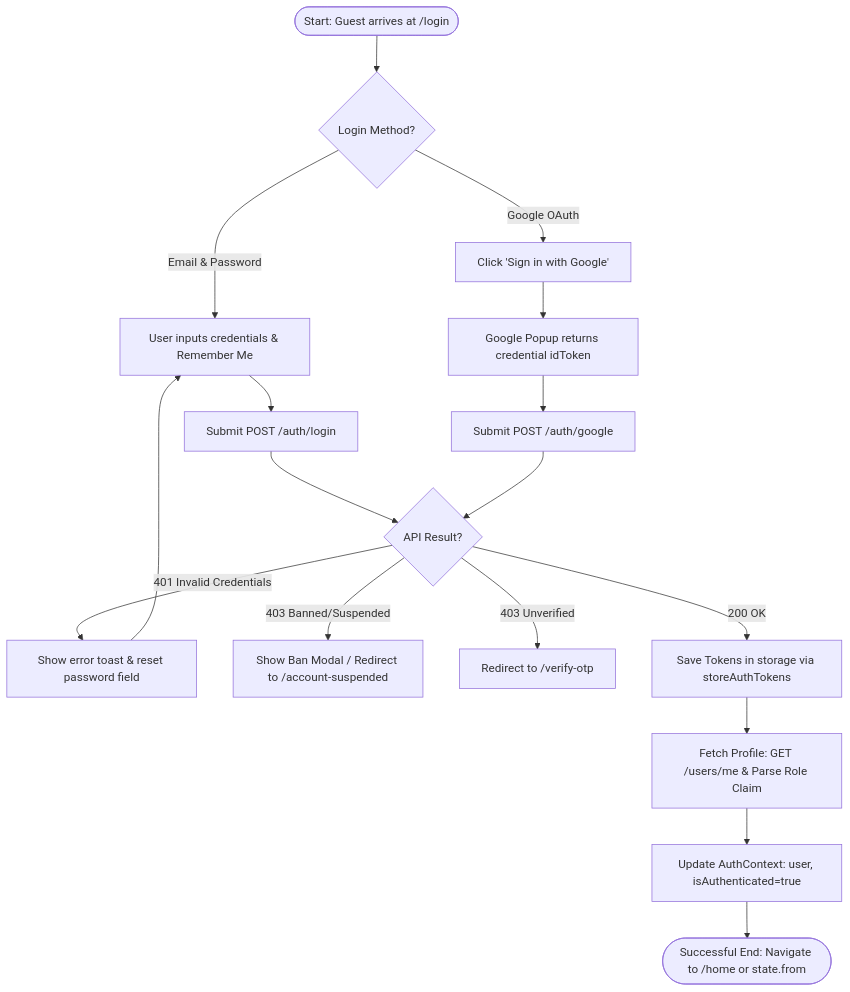
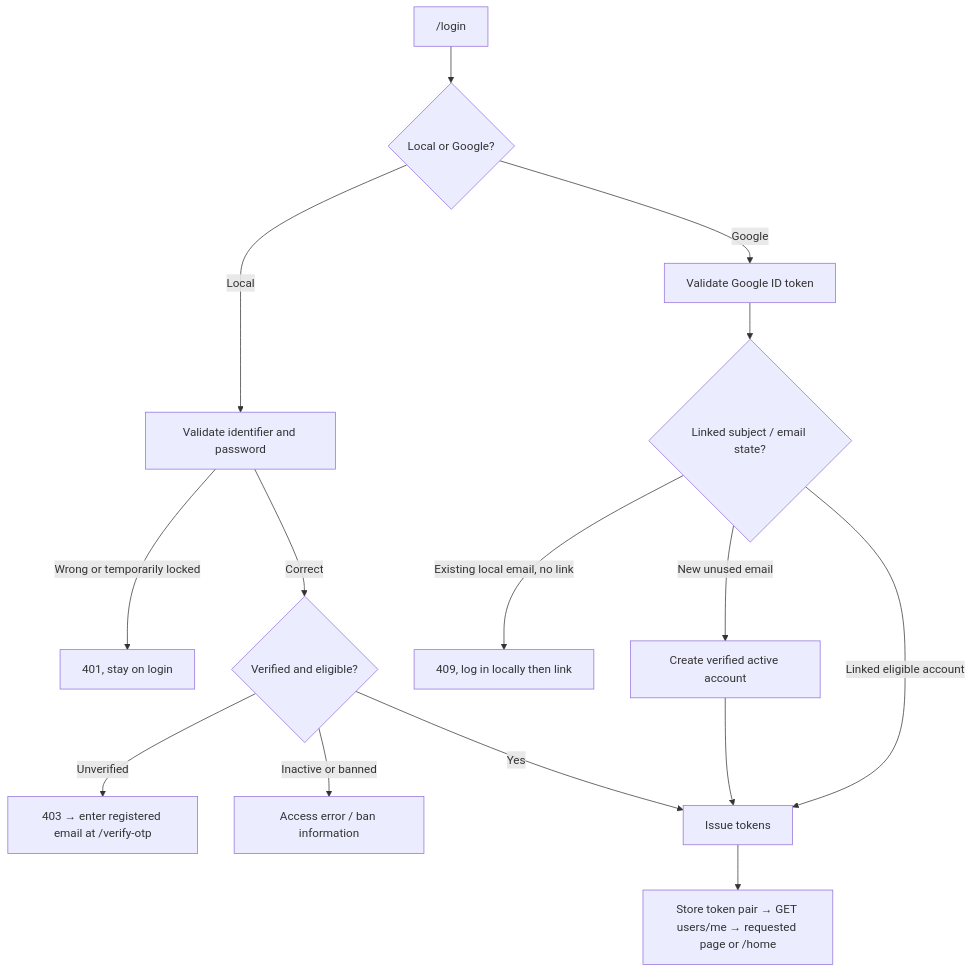
One commit to NguyenQuocTrong-bonmat/frontend-VeganHelperSystem changed the third of 56 diagrams in Design.MD. Above: the diagram before and after it, drawn with Mermaid. The commit also changed other lines of this file, not shown here.

Commit message:
docs: align design diagrams with current workflows

````diff
--- a/Design.MD
+++ b/Design.MD
@@ -388,18 +195,17 @@
 ```mermaid
 flowchart TD
-    A([Start: Guest arrives at /login]) --> B{Login Method?}
-    B -->|Email & Password| C[User inputs credentials & Remember Me]
-    C --> D[Submit POST /auth/login]
-    B -->|Google OAuth| E[Click 'Sign in with Google']
-    E --> F[Google Popup returns credential idToken]
-    F --> G[Submit POST /auth/google]
-    D --> H{API Result?}
-    G --> H
-    H -->|401 Invalid Credentials| I[Show error toast & reset password field] --> C
-    H -->|403 Banned/Suspended| J[Show Ban Modal / Redirect to /account-suspended]
-    H -->|403 Unverified| K[Redirect to /verify-otp]
-    H -->|200 OK| L[Save Tokens in storage via storeAuthTokens]
-    L --> M[Fetch Profile: GET /users/me & Parse Role Claim]
-    M --> N[Update AuthContext: user, isAuthenticated=true]
-    N --> O([Successful End: Navigate to /home or state.from])
+    A["/login"] --> B{"Local or Google?"}
+    B -->|Local| C["Validate identifier and password"]
+    C -->|Wrong or temporarily locked| D["401, stay on login"]
+    C -->|Correct| E{"Verified and eligible?"}
+    E -->|Unverified| F["403 → enter registered email at /verify-otp"]
+    E -->|Inactive or banned| G["Access error / ban information"]
+    B -->|Google| H["Validate Google ID token"]
+    H --> I{"Linked subject / email state?"}
+    I -->|Existing local email, no link| J["409, log in locally then link"]
+    I -->|New unused email| K["Create verified active account"]
+    I -->|Linked eligible account| L["Issue tokens"]
+    K --> L
+    E -->|Yes| L
+    L --> M["Store token pair → GET users/me → requested page or /home"]
 ```
````
